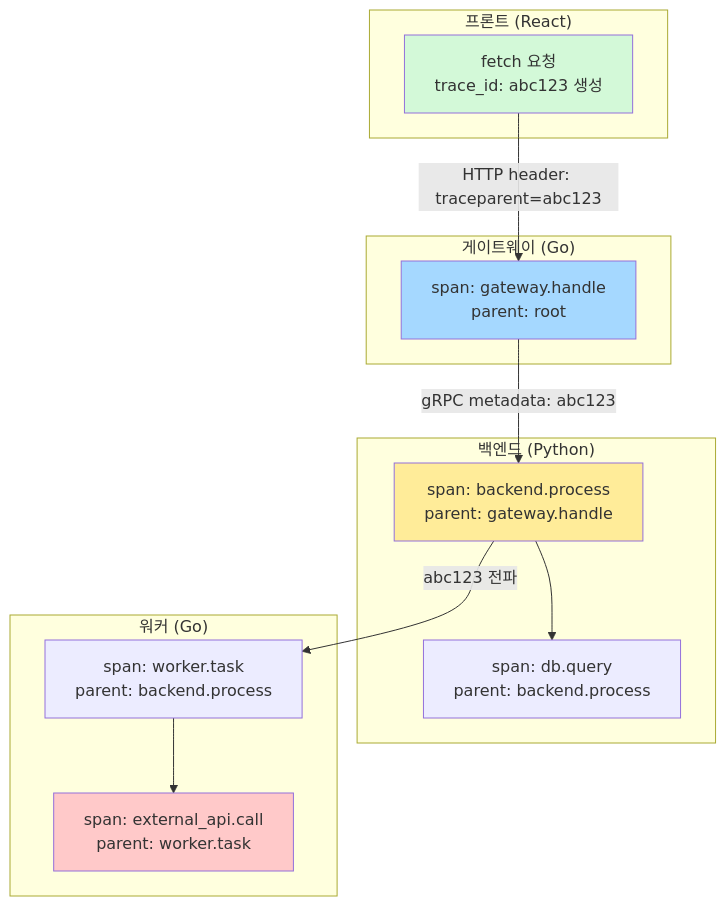
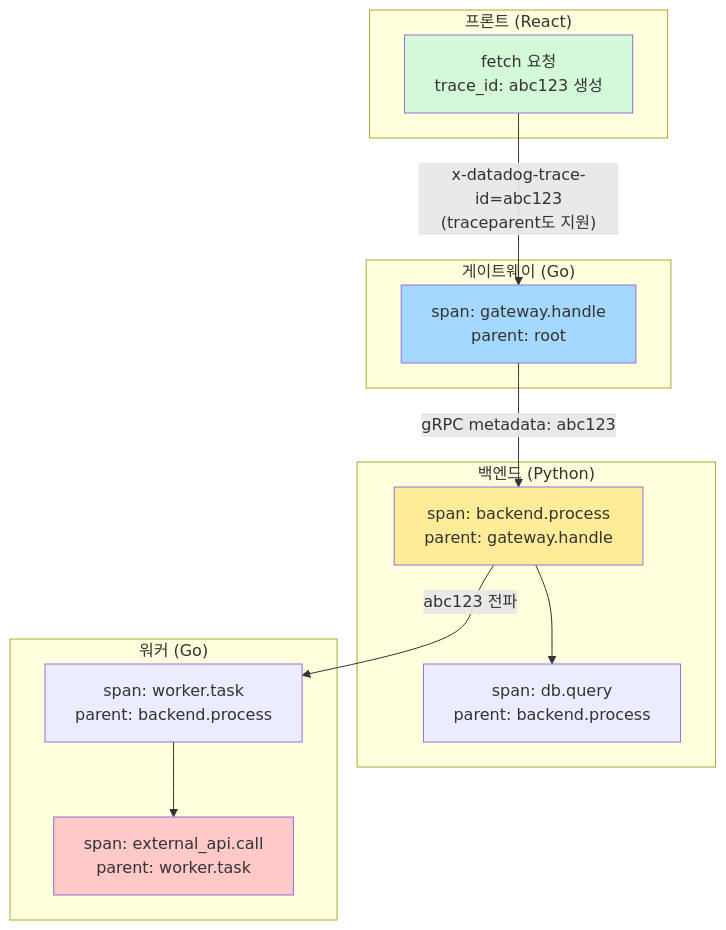
One commit to kimmand0o0/kimmand0o0.github.io changed the first of 2 diagrams in _posts/2026-07/2026-07-22-datadog-study-05-apm-instrumentation.md. Above: the diagram before and after it, drawn with Mermaid. The commit also changed other lines of this file and 3 other files, not shown here.

````diff
--- a/_posts/2026-07/2026-07-22-datadog-study-05-apm-instrumentation.md
+++ b/_posts/2026-07/2026-07-22-datadog-study-05-apm-instrumentation.md
@@ -44,31 +45,31 @@
 ```mermaid
 flowchart TB
     subgraph FE["프론트 (React)"]
         F1["fetch 요청<br/>trace_id: abc123 생성"]
     end
 
     subgraph GW["게이트웨이 (Go)"]
         G1["span: gateway.handle<br/>parent: root"]
     end
 
     subgraph BE["백엔드 (Python)"]
         B1["span: backend.process<br/>parent: gateway.handle"]
         B2["span: db.query<br/>parent: backend.process"]
     end
 
     subgraph WK["워커 (Go)"]
         E1["span: worker.task<br/>parent: backend.process"]
         E2["span: external_api.call<br/>parent: worker.task"]
     end
 
-    F1 -->|"HTTP header: traceparent=abc123"| G1
+    F1 -->|"x-datadog-trace-id=abc123<br/>(traceparent도 지원)"| G1
     G1 -->|"gRPC metadata: abc123"| B1
     B1 --> B2
     B1 -->|"abc123 전파"| E1
     E1 --> E2
 
     style F1 fill:#d3f9d8
     style G1 fill:#a5d8ff
     style B1 fill:#ffec99
     style E2 fill:#ffc9c9
 ```
````
